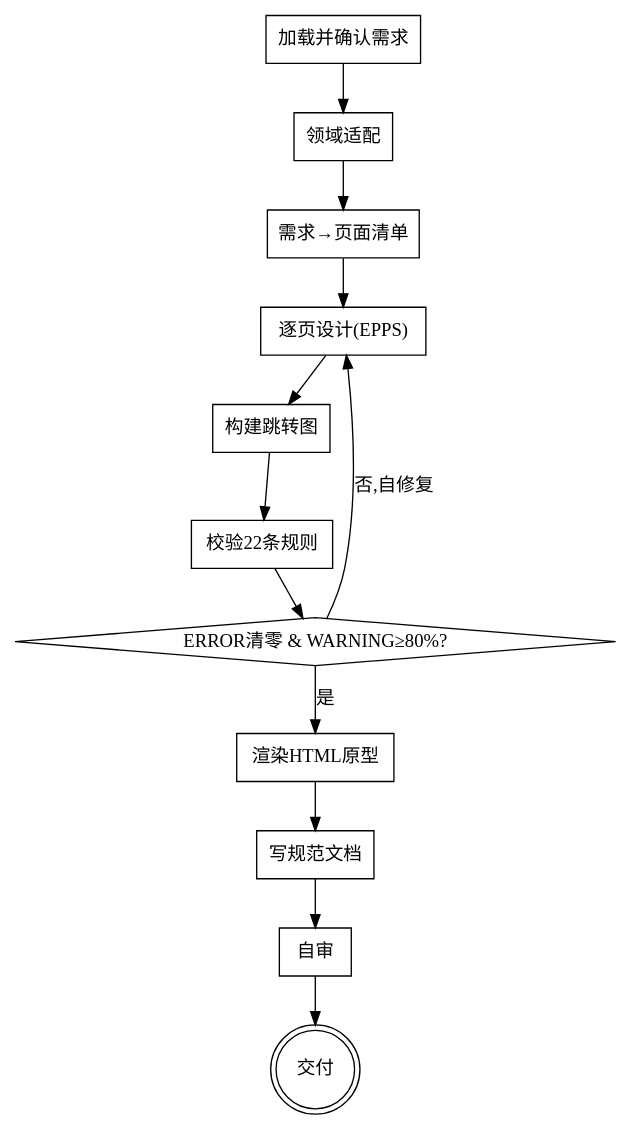
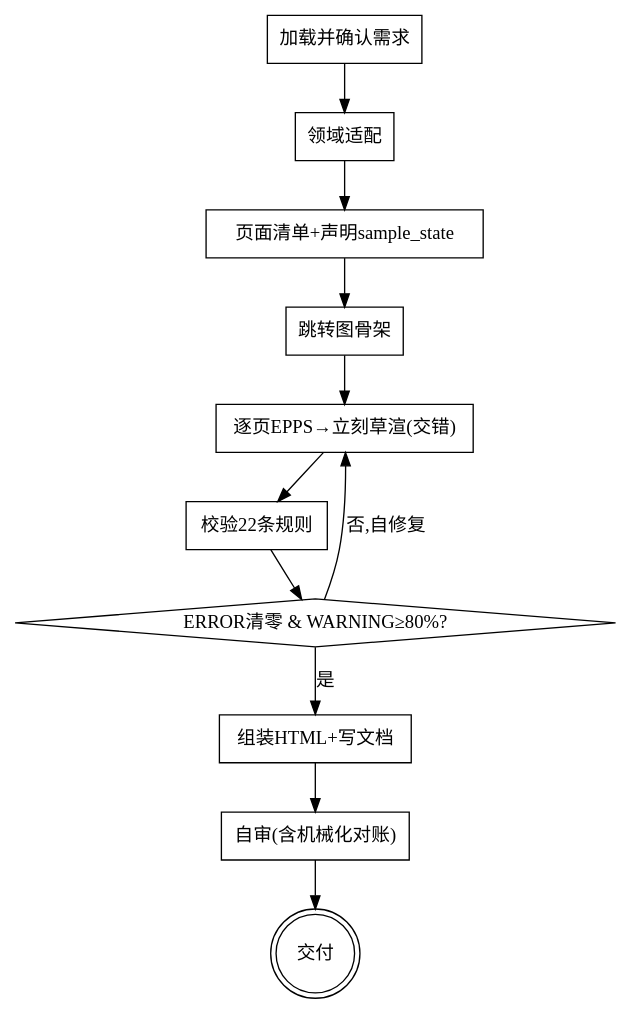
One commit to ironbob/DesignSKills changed the diagram in skills/interaction-prototype/SKILL.md. Above: the diagram before and after it, drawn with Graphviz. The commit also changed other lines of this file and 4 other files, not shown here.

````diff
--- a/skills/interaction-prototype/SKILL.md
+++ b/skills/interaction-prototype/SKILL.md
@@ -77,28 +77,26 @@
 ```dot
 digraph prototype {
   rankdir=TB;
   "加载并确认需求" [shape=box];
   "领域适配" [shape=box];
-  "需求→页面清单" [shape=box];
-  "逐页设计(EPPS)" [shape=box];
-  "构建跳转图" [shape=box];
+  "页面清单+声明sample_state" [shape=box];
+  "跳转图骨架" [shape=box];
+  "逐页EPPS→立刻草渲(交错)" [shape=box];
   "校验22条规则" [shape=box];
   "ERROR清零 & WARNING≥80%?" [shape=diamond];
-  "渲染HTML原型" [shape=box];
-  "写规范文档" [shape=box];
-  "自审" [shape=box];
+  "组装HTML+写文档" [shape=box];
+  "自审(含机械化对账)" [shape=box];
   "交付" [shape=doublecircle];
 
   "加载并确认需求" -> "领域适配";
-  "领域适配" -> "需求→页面清单";
-  "需求→页面清单" -> "逐页设计(EPPS)";
-  "逐页设计(EPPS)" -> "构建跳转图";
-  "构建跳转图" -> "校验22条规则";
+  "领域适配" -> "页面清单+声明sample_state";
+  "页面清单+声明sample_state" -> "跳转图骨架";
+  "跳转图骨架" -> "逐页EPPS→立刻草渲(交错)";
+  "逐页EPPS→立刻草渲(交错)" -> "校验22条规则";
   "校验22条规则" -> "ERROR清零 & WARNING≥80%?";
-  "ERROR清零 & WARNING≥80%?" -> "逐页设计(EPPS)" [label="否,自修复"];
-  "ERROR清零 & WARNING≥80%?" -> "渲染HTML原型" [label="是"];
-  "渲染HTML原型" -> "写规范文档";
-  "写规范文档" -> "自审";
-  "自审" -> "交付";
+  "ERROR清零 & WARNING≥80%?" -> "逐页EPPS→立刻草渲(交错)" [label="否,自修复"];
+  "ERROR清零 & WARNING≥80%?" -> "组装HTML+写文档" [label="是"];
+  "组装HTML+写文档" -> "自审(含机械化对账)";
+  "自审(含机械化对账)" -> "交付";
 }
 ```
````
